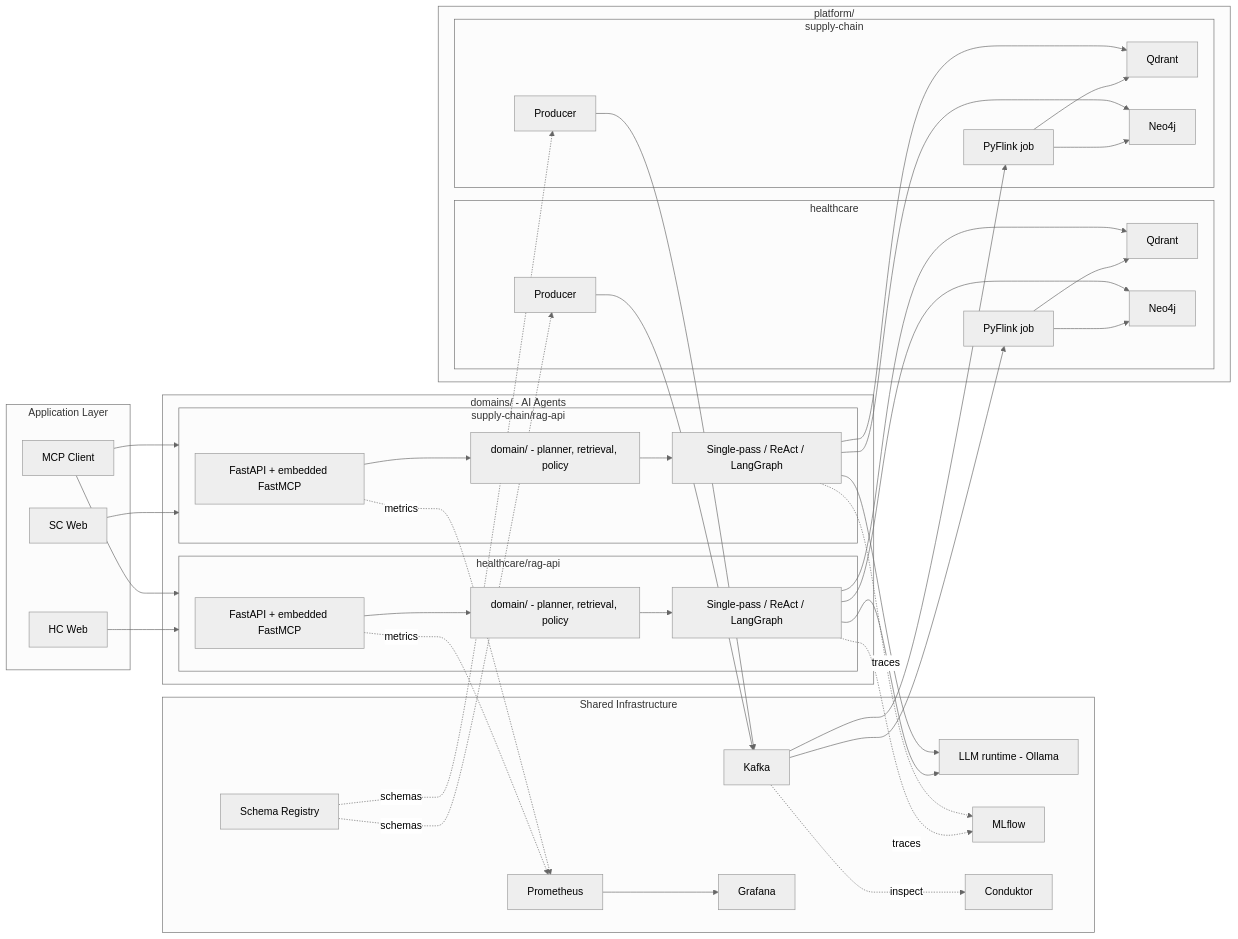
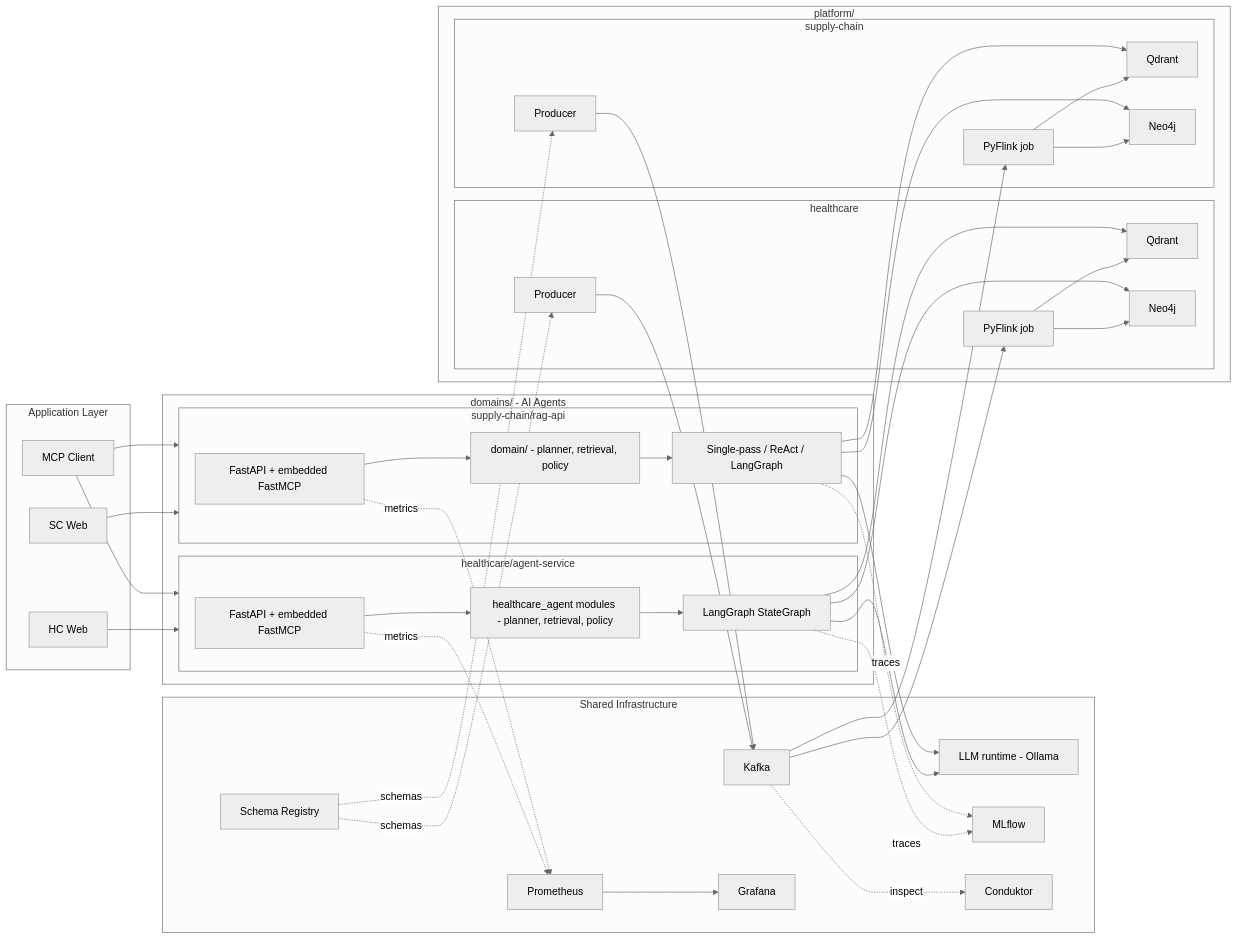
One commit to wchen-dea/Agentic-AI-Healthcare-GraphRAG changed the first of 4 diagrams in docs/02_architecture.md. Above: the diagram before and after it, drawn with Mermaid (neutral theme). The commit also changed other lines of this file and 141 other files, not shown here.

First line of the commit message:
Restructure healthcare service into capability-oriented agent-service

````diff
--- a/docs/02_architecture.md
+++ b/docs/02_architecture.md
@@ -261,65 +258,65 @@
 ```mermaid
 flowchart LR
   subgraph Infra[Shared Infrastructure]
     K[Kafka]
     SR[Schema Registry]
     L[LLM runtime - Ollama]
     PR[Prometheus]
     GF[Grafana]
     MLF[MLflow]
     CDK[Conduktor]
   end
 
   subgraph DP[platform/]
     subgraph DPHC[healthcare]
       HP[Producer] --> K
       SR -. schemas .-> HP
       K --> HF[PyFlink job]
       HF --> HQ[Qdrant]
       HF --> HN[Neo4j]
     end
     subgraph DPSC[supply-chain]
       SP[Producer] --> K
       SR -. schemas .-> SP
       K --> SF[PyFlink job]
       SF --> SQ[Qdrant]
       SF --> SN[Neo4j]
     end
   end
 
   subgraph Domains[domains/ - AI Agents]
-    subgraph HCA[healthcare/rag-api]
+    subgraph HCA[healthcare/agent-service]
       HAPI[FastAPI + embedded FastMCP]
-      HDOM[domain/ - planner, retrieval, policy]
-      HMODES[Single-pass / ReAct / LangGraph]
+      HDOM[healthcare_agent modules - planner, retrieval, policy]
+      HMODES[LangGraph StateGraph]
       HAPI --> HDOM --> HMODES
     end
     subgraph SCA[supply-chain/rag-api]
       SAPI[FastAPI + embedded FastMCP]
       SDOM[domain/ - planner, retrieval, policy]
       SMODES[Single-pass / ReAct / LangGraph]
       SAPI --> SDOM --> SMODES
     end
   end
 
   subgraph UI[Application Layer]
     HWeb[HC Web] --> HCA
     SWeb[SC Web] --> SCA
     MCPClient[MCP Client] --> HCA
     MCPClient --> SCA
   end
 
   HMODES --> HQ
   HMODES --> HN
   SMODES --> SQ
   SMODES --> SN
   HMODES --> L
   SMODES --> L
 
   K -. inspect .-> CDK
   HAPI -. metrics .-> PR
   SAPI -. metrics .-> PR
   HMODES -. traces .-> MLF
   SMODES -. traces .-> MLF
   PR --> GF
 ```
````
